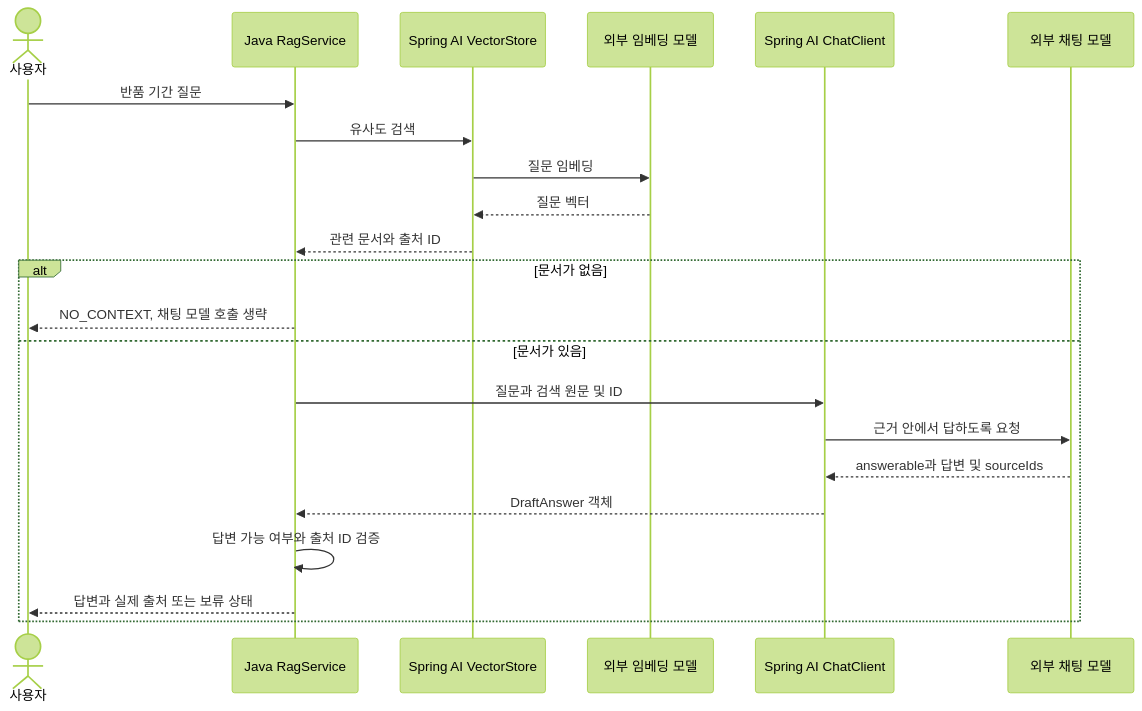
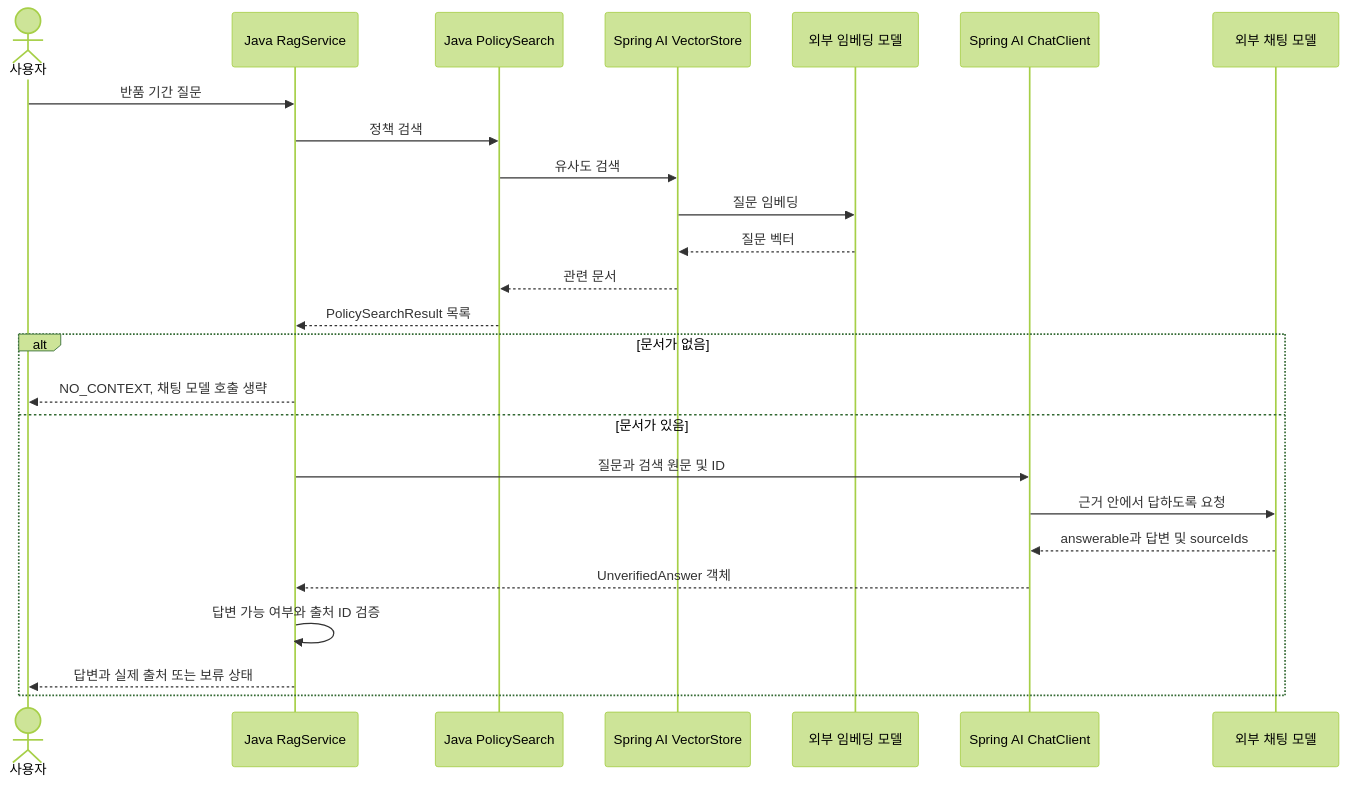
One commit to Justin-ad-Park/SpringShoppingAI changed the diagram in Spring-AI-Agent-Learning/docs/lessons/10-rag/02-generation.md. Above: the diagram before and after it, drawn with Mermaid (forest theme). The commit also changed other lines of this file and 99 other files, not shown here.

````diff
--- a/Spring-AI-Agent-Learning/docs/lessons/10-rag/02-generation.md
+++ b/Spring-AI-Agent-Learning/docs/lessons/10-rag/02-generation.md
@@ -11,24 +11,27 @@
 ```mermaid
 sequenceDiagram
     actor User as 사용자
     participant App as Java RagService
+    participant Search as Java PolicySearch
     participant Store as Spring AI VectorStore
     participant Embed as 외부 임베딩 모델
     participant AI as Spring AI ChatClient
     participant Model as 외부 채팅 모델
     User->>App: 반품 기간 질문
-    App->>Store: 유사도 검색
+    App->>Search: 정책 검색
+    Search->>Store: 유사도 검색
     Store->>Embed: 질문 임베딩
     Embed-->>Store: 질문 벡터
-    Store-->>App: 관련 문서와 출처 ID
+    Store-->>Search: 관련 문서
+    Search-->>App: PolicySearchResult 목록
     alt 문서가 없음
         App-->>User: NO_CONTEXT, 채팅 모델 호출 생략
     else 문서가 있음
         App->>AI: 질문과 검색 원문 및 ID
         AI->>Model: 근거 안에서 답하도록 요청
         Model-->>AI: answerable과 답변 및 sourceIds
-        AI-->>App: DraftAnswer 객체
+        AI-->>App: UnverifiedAnswer 객체
         App->>App: 답변 가능 여부와 출처 ID 검증
         App-->>User: 답변과 실제 출처 또는 보류 상태
     end
 ```
````
